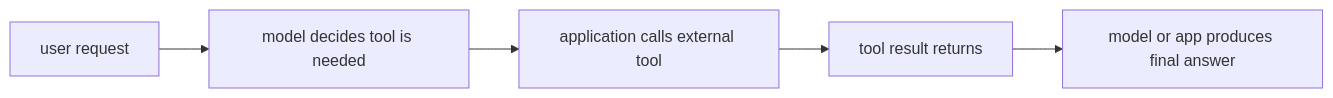
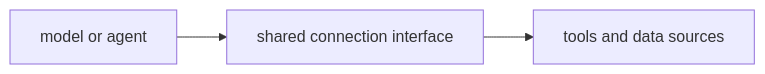
Before and after one commit to devchan64/AiBook: the diagram in docs/parts/part-05/chapter-14/section-01.md, drawn with Mermaid. The commit also changed other lines of this file and 47 other files, not shown here.

````diff
--- a/docs/parts/part-05/chapter-14/section-01.md
+++ b/docs/parts/part-05/chapter-14/section-01.md
@@ -147,10 +147,8 @@
 ```mermaid
 flowchart LR
-  A["user request"]
-  B["model decides tool is needed"]
-  C["application calls external tool"]
-  D["tool result returns"]
-  E["model or app produces final answer"]
+  A["model or agent"]
+  B["shared connection interface"]
+  C["tools and data sources"]
 
-  A --> B --> C --> D --> E
+  A --> B --> C
 ```
````
